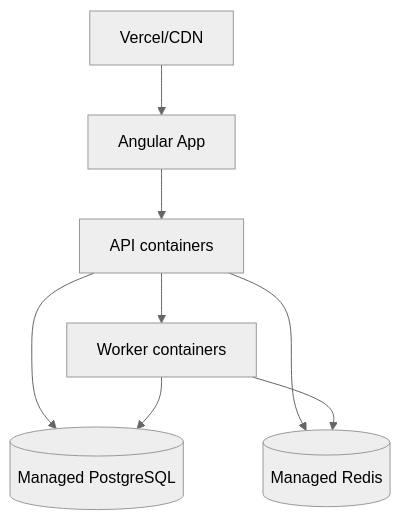
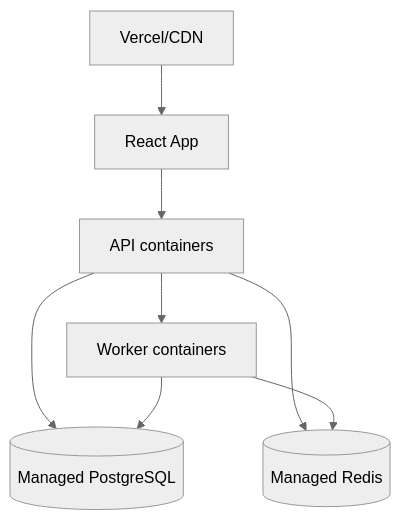
Before and after one commit to SantyDuque/LifeOS: the diagram in docs/08-diagrams/DeploymentDiagram.md, drawn with Mermaid (neutral theme). The commit also changed other lines of this file and 11 other files, not shown here.

Commit message:
feat: update documentation and architecture for React frontend integration

````diff
--- a/docs/08-diagrams/DeploymentDiagram.md
+++ b/docs/08-diagrams/DeploymentDiagram.md
@@ -7,10 +7,10 @@
 ```mermaid
 flowchart TB
-  CDN[Vercel/CDN] --> Web[Angular App]
+  CDN[Vercel/CDN] --> Web[React App]
   Web --> API[API containers]
   API --> Worker[Worker containers]
   API --> DB[(Managed PostgreSQL)]
   API --> Redis[(Managed Redis)]
   Worker --> DB
   Worker --> Redis
 ```
````
